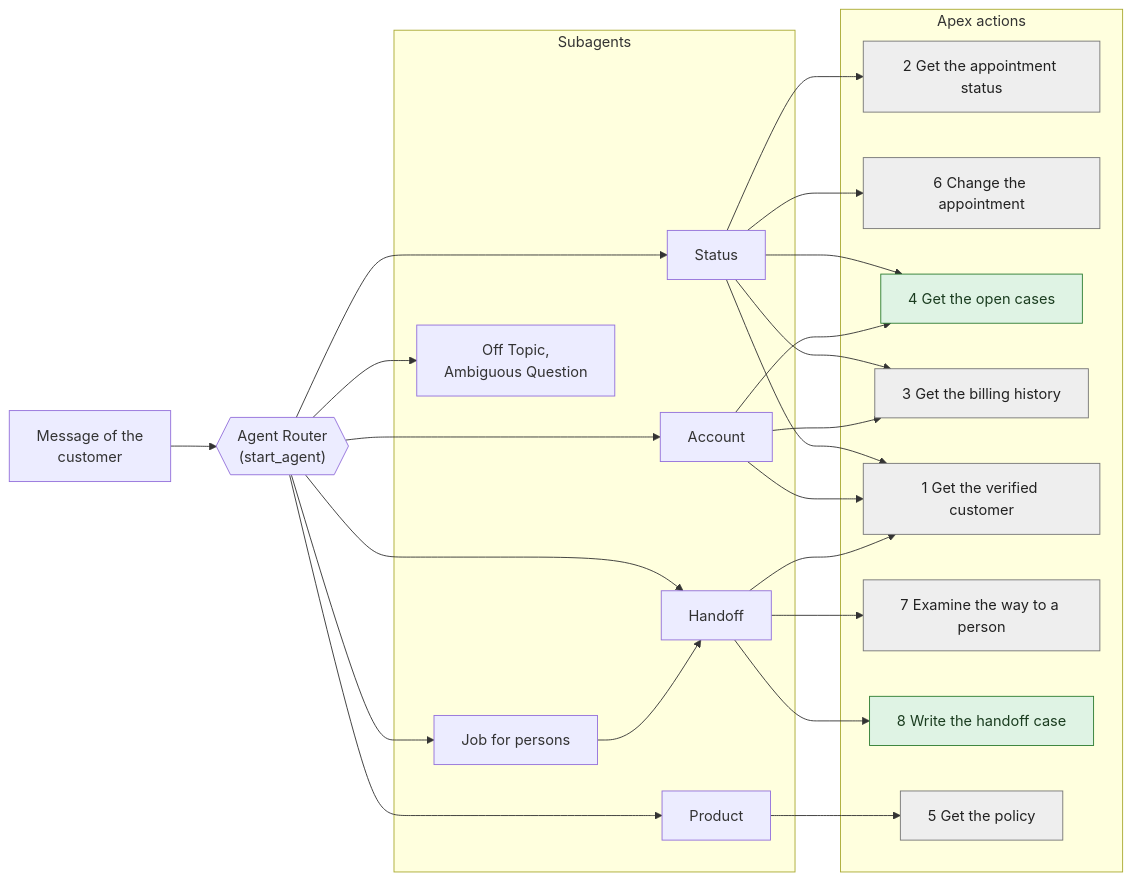
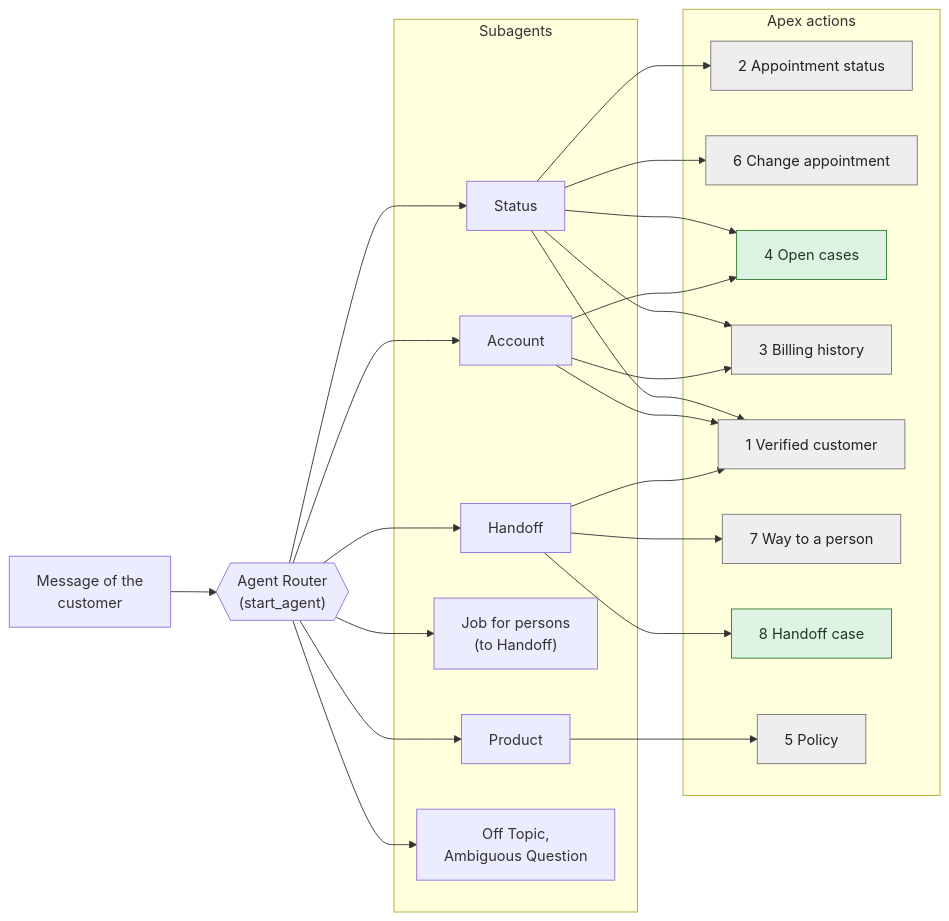
One commit to AbhimanyuBhagwati/servicing-agent-demo changed the diagram in README.md. Above: the diagram before and after it, drawn with Mermaid.

Commit message:
README: shorter labels in the architecture diagram, for the GitHub width

````diff
--- a/README.md
+++ b/README.md
@@ -68,36 +68,35 @@
 ```mermaid
 flowchart LR
     M["Message of the<br/>customer"] --> R{{"Agent Router<br/>(start_agent)"}}
 
     subgraph SA["Subagents"]
         S["Status"]
         A["Account"]
         H["Handoff"]
-        J["Job for persons"]
+        J["Job for persons<br/>(to Handoff)"]
         P["Product"]
         O["Off Topic,<br/>Ambiguous Question"]
     end
 
     subgraph AC["Apex actions"]
-        A2["2 Get the appointment status"]
-        A6["6 Change the appointment"]
-        A4["4 Get the open cases"]
-        A3["3 Get the billing history"]
-        A1["1 Get the verified customer"]
-        A7["7 Examine the way to a person"]
-        A8["8 Write the handoff case"]
-        A5["5 Get the policy"]
+        A2["2 Appointment status"]
+        A6["6 Change appointment"]
+        A4["4 Open cases"]
+        A3["3 Billing history"]
+        A1["1 Verified customer"]
+        A7["7 Way to a person"]
+        A8["8 Handoff case"]
+        A5["5 Policy"]
     end
 
     R --> S & A & H & J & P & O
-    J --> H
     S --> A2 & A6 & A4 & A3 & A1
     A --> A4 & A3 & A1
     H --> A1 & A7 & A8
     P --> A5
 
     classDef stub fill:#eeeeee,stroke:#777777,color:#222222
     classDef sf fill:#dff3e4,stroke:#2e7d32,color:#1b3d20
     class A1,A2,A3,A5,A6,A7 stub
     class A4,A8 sf
 ```
````
